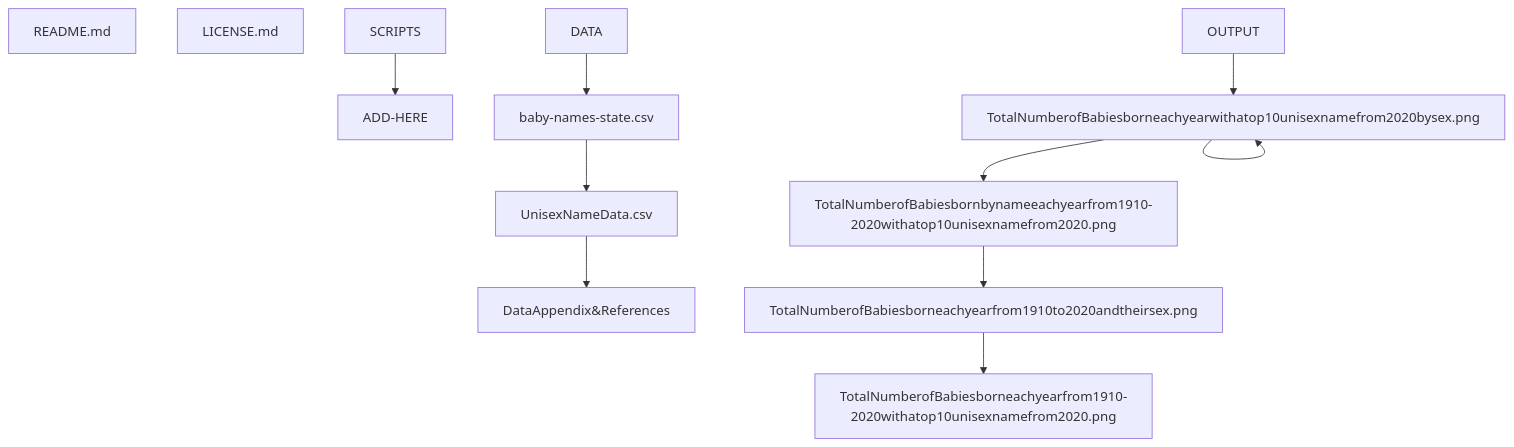
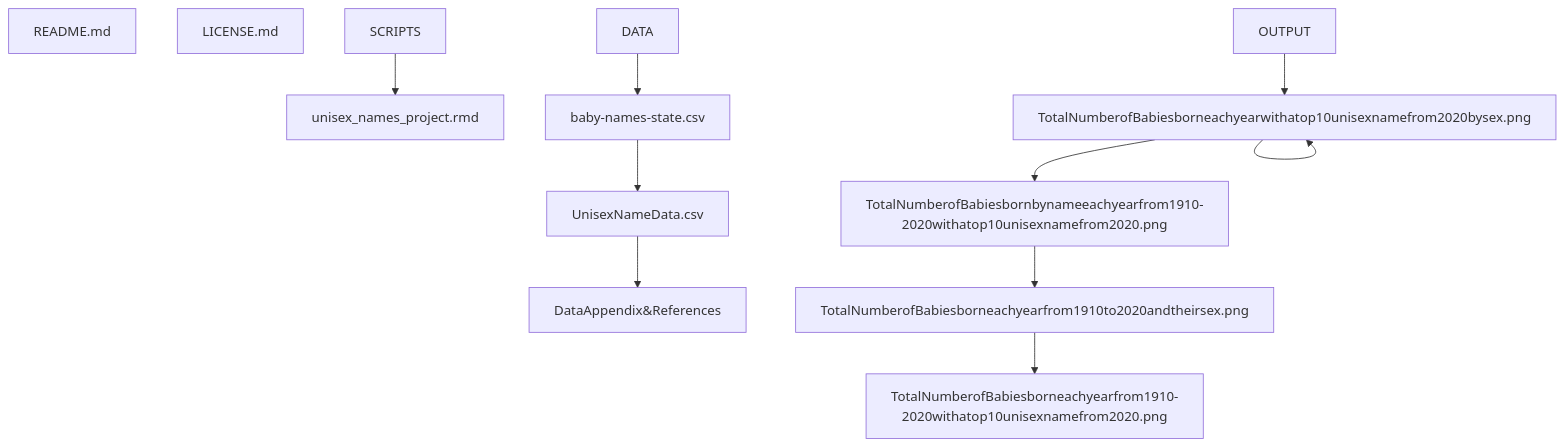
The diagram in README.md (aschebell/DS4002-Project2), drawn with Mermaid before and after one commit.

````diff
--- a/README.md
+++ b/README.md
@@ -14,14 +14,14 @@
 ```mermaid
 graph TD;
     README.md;
     LICENSE.md;
-    SCRIPTS-->ADD-HERE;
+    SCRIPTS-->unisex_names_project.rmd;
     DATA-->baby-names-state.csv;
     baby-names-state.csv-->UnisexNameData.csv;
     UnisexNameData.csv-->DataAppendix&References;
     OUTPUT-->TotalNumberofBabiesborneachyearwithatop10unisexnamefrom2020bysex.png;
     TotalNumberofBabiesborneachyearwithatop10unisexnamefrom2020bysex.png-->TotalNumberofBabiesborneachyearwithatop10unisexnamefrom2020bysex.png;
     TotalNumberofBabiesborneachyearwithatop10unisexnamefrom2020bysex.png-->TotalNumberofBabiesbornbynameeachyearfrom1910-2020withatop10unisexnamefrom2020.png;
     TotalNumberofBabiesbornbynameeachyearfrom1910-2020withatop10unisexnamefrom2020.png-->TotalNumberofBabiesborneachyearfrom1910to2020andtheirsex.png;
     TotalNumberofBabiesborneachyearfrom1910to2020andtheirsex.png-->TotalNumberofBabiesborneachyearfrom1910-2020withatop10unisexnamefrom2020.png;
 ```
````
